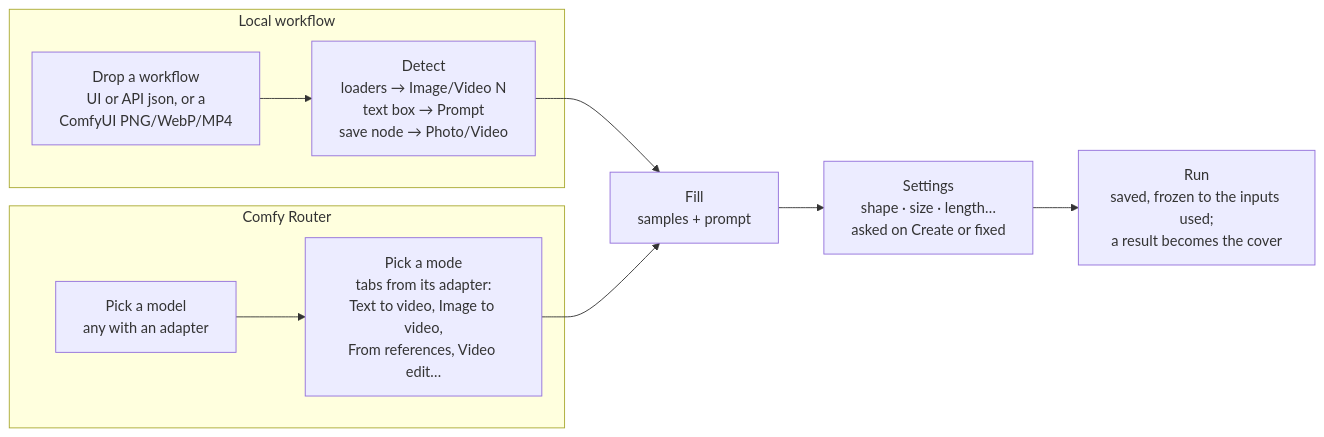
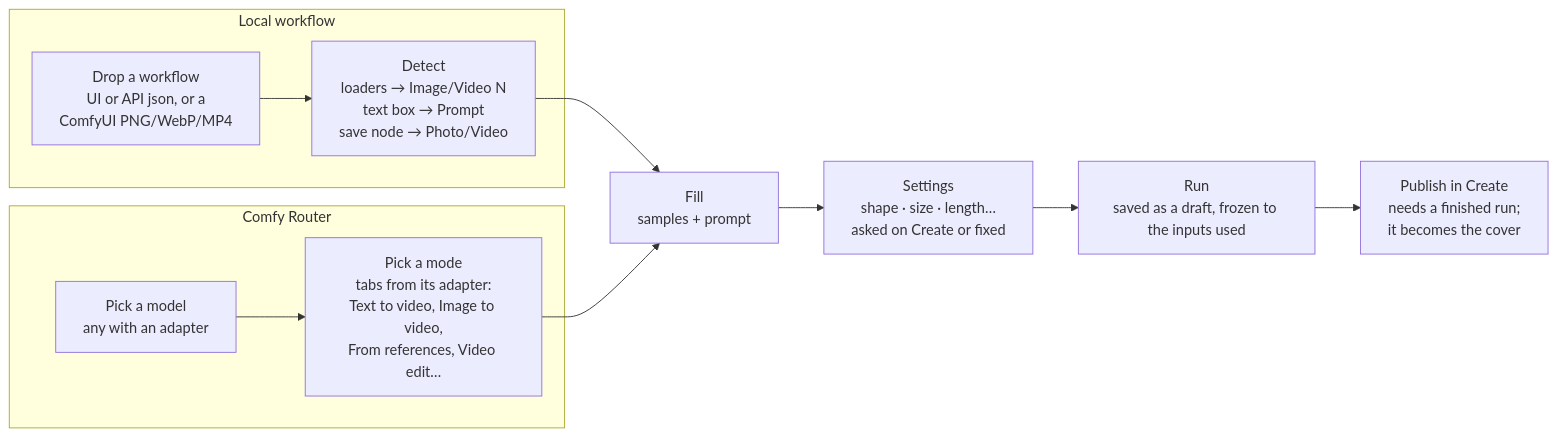
One commit to GETHUK-BIGEMPEROR/OpenIllusion changed the third of 5 diagrams in README.md. Above: the diagram before and after it, drawn with Mermaid. The commit also changed other lines of this file and 30 other files, not shown here.

````diff
--- a/README.md
+++ b/README.md
@@ -501,13 +506,14 @@
 ```mermaid
 flowchart LR
   subgraph Local["Local workflow"]
     D["Drop a workflow<br/>UI or API json, or a<br/>ComfyUI PNG/WebP/MP4"] --> DE["Detect<br/>loaders → Image/Video N<br/>text box → Prompt<br/>save node → Photo/Video"]
   end
   subgraph Cloud["Comfy Router"]
     M["Pick a model<br/>any with an adapter"] --> MO["Pick a mode<br/>tabs from its adapter:<br/>Text to video, Image to video,<br/>From references, Video edit…"]
   end
   DE --> F["Fill<br/>samples + prompt"]
   MO --> F
   F --> ST["Settings<br/>shape · size · length…<br/>asked on Create or fixed"]
-  ST --> RU["Run<br/>saved, frozen to the inputs used;<br/>a result becomes the cover"]
+  ST --> RU["Run<br/>saved as a draft, frozen to the inputs used"]
+  RU --> PB["Publish in Create<br/>needs a finished run;<br/>it becomes the cover"]
 ```
````
